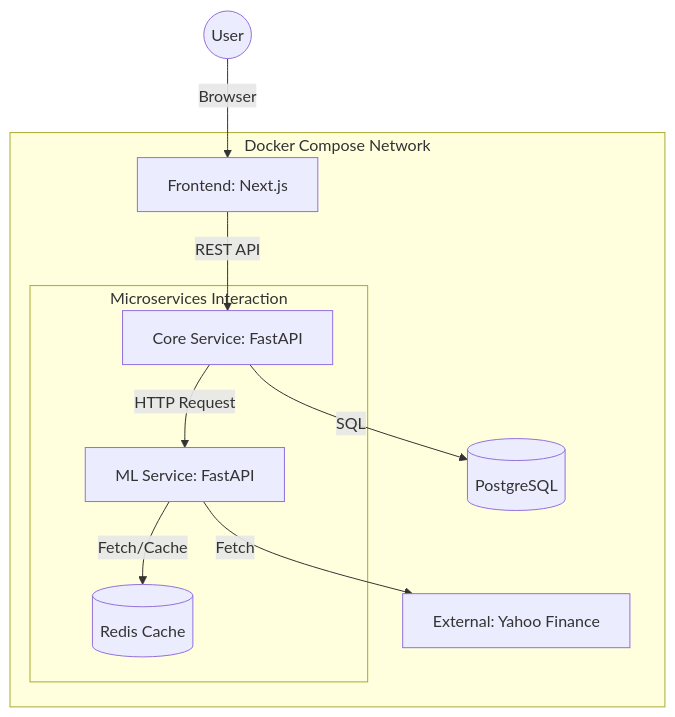
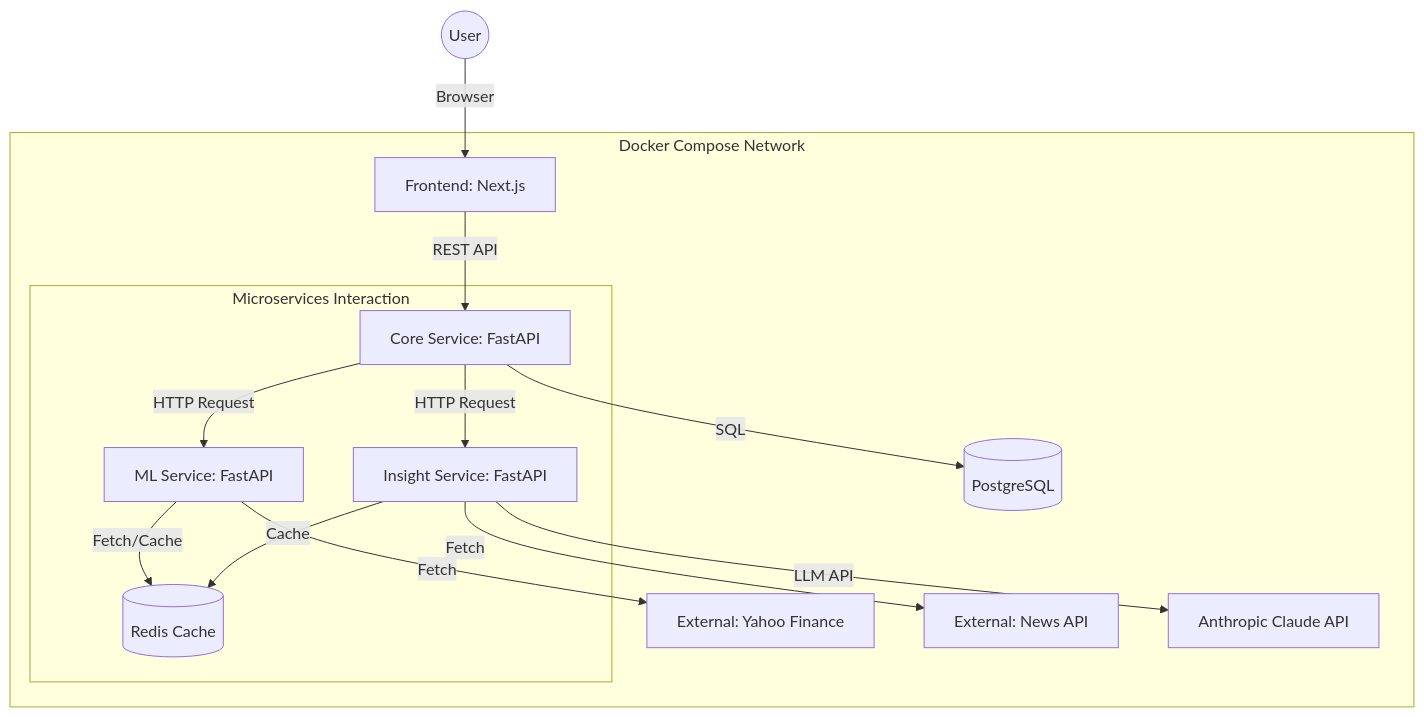
The diagram in README.md (ryunote/AST-WebApp), drawn with Mermaid before and after one commit. The commit also changed other lines of this file, not shown here.

First line of the commit message:
docs: README に Insight Service アーキテクチャを追記

````diff
--- a/README.md
+++ b/README.md
@@ -25,16 +25,20 @@
 ```mermaid
 graph TD
     User((User)) -->|Browser| Front[Frontend: Next.js]
     
     subgraph "Docker Compose Network"
         Front -->|REST API| Core[Core Service: FastAPI]
         
         subgraph "Microservices Interaction"
             Core -->|HTTP Request| ML[ML Service: FastAPI]
+            Core -->|HTTP Request| Insight[Insight Service: FastAPI]
             ML -->|Fetch/Cache| Redis[(Redis Cache)]
+            Insight -->|Cache| Redis
         end
         
         Core -->|SQL| DB[(PostgreSQL)]
         ML -->|Fetch| Yahoo[External: Yahoo Finance]
+        Insight -->|Fetch| NewsAPI[External: News API]
+        Insight -->|LLM API| Claude[Anthropic Claude API]
     end
 ```
````
